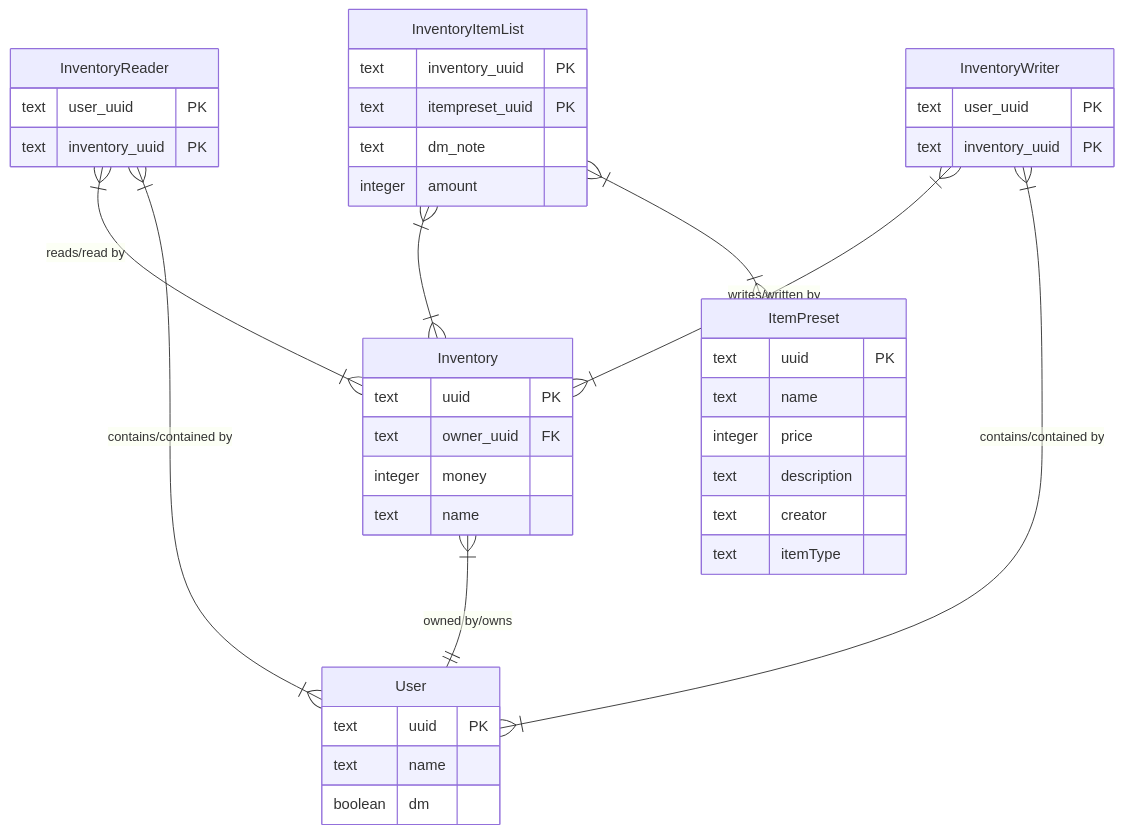
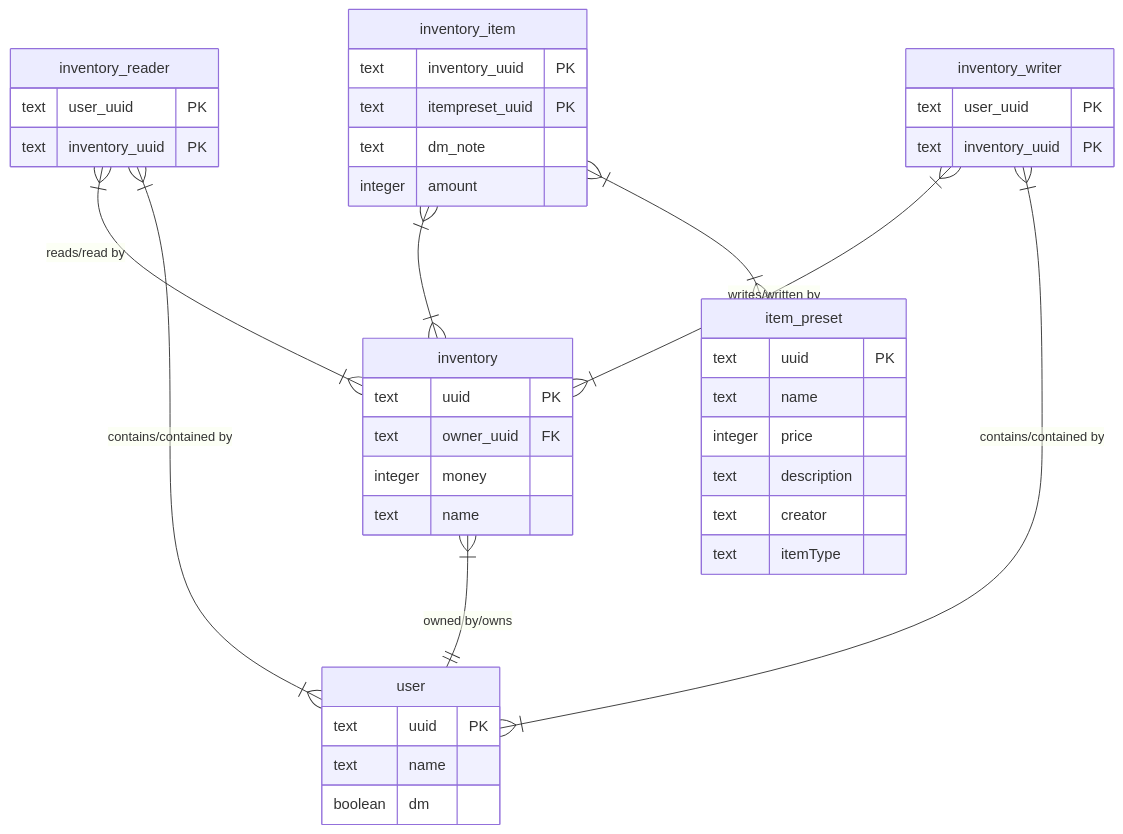
Before and after one commit to NamelessGroup/InventarWerk: the second of 2 diagrams in README.md, drawn with Mermaid. The commit also changed 5 other files, not shown here.

````diff
--- a/README.md
+++ b/README.md
@@ -119,51 +119,51 @@
 ```mermaid
 
 erDiagram
-    Inventory 1+--1 User: "owned by/owns"
+    inventory 1+--1 user: "owned by/owns"
     
-    Inventory {
+    inventory {
         text uuid PK
         text owner_uuid FK
         integer money
         text name
     }
 
-    InventoryReader 1+--1+ Inventory: "reads/read by"
-    InventoryReader 1+--1+ User: "contains/contained by"
+    inventory_reader 1+--1+ inventory: "reads/read by"
+    inventory_reader 1+--1+ user: "contains/contained by"
 
-    InventoryReader {
+    inventory_reader {
         text user_uuid PK
         text inventory_uuid PK
     }
     
-    InventoryWriter 1+--1+ Inventory: "writes/written by"
-    InventoryWriter 1+--1+ User: "contains/contained by"
+    inventory_writer 1+--1+ inventory: "writes/written by"
+    inventory_writer 1+--1+ user: "contains/contained by"
 
-    InventoryWriter {
+    inventory_writer {
         text user_uuid PK
         text inventory_uuid PK
     }
 
 
-    ItemPreset {
+    item_preset {
         text uuid PK
         text name
         integer price
         text description
         text creator
         text itemType
     }
-    User {
+    user {
         text uuid PK
         text name
         boolean dm
     }
-    InventoryItemList 1+--1+ Inventory: ""
-    InventoryItemList 1+--1+ ItemPreset: ""
-    InventoryItemList {
+    inventory_item 1+--1+ inventory: ""
+    inventory_item 1+--1+ item_preset: ""
+    inventory_item {
         text inventory_uuid PK
         text itempreset_uuid PK
         text dm_note
         integer amount
     }
 ```
````
